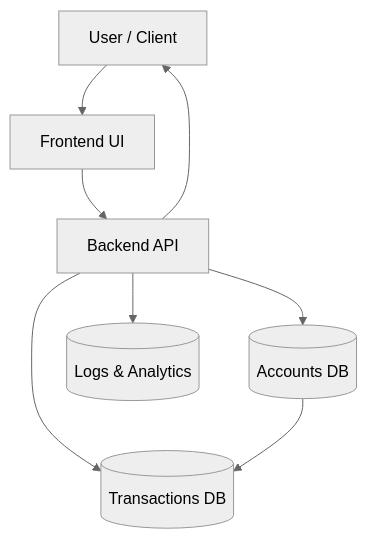
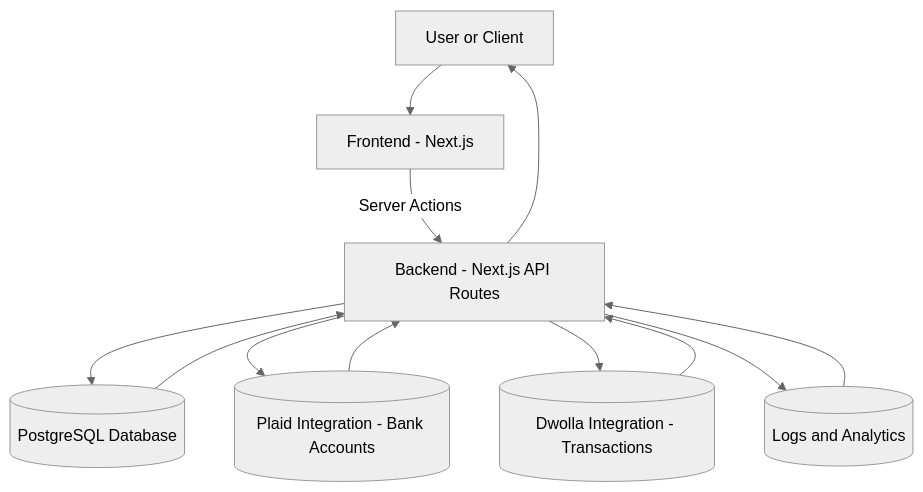
The diagram in README.md (AbdullahBakouni/Banking-App), drawn with Mermaid (neutral theme) before and after one commit.

Commit message:
Revise architecture diagram in README
Updated architecture diagram to reflect new components and integrations.

````diff
--- a/README.md
+++ b/README.md
@@ -48,10 +48,14 @@
 ```mermaid
 flowchart TD
-    U[User / Client] --> F[Frontend UI]
-    F --> B[Backend API]
-    B --> A[(Accounts DB)]
-    B --> T[(Transactions DB)]
-    B --> L[(Logs & Analytics)]
-    A --> T
+    U[User or Client] --> F[Frontend - Next.js]
+    F -->|Server Actions| B[Backend - Next.js API Routes]
+    B --> D[(PostgreSQL Database)]
+    B --> P[(Plaid Integration - Bank Accounts)]
+    B --> W[(Dwolla Integration - Transactions)]
+    B --> L[(Logs and Analytics)]
+    D --> B
+    P --> B
+    W --> B
+    L --> B
     B --> U
 ```
````
